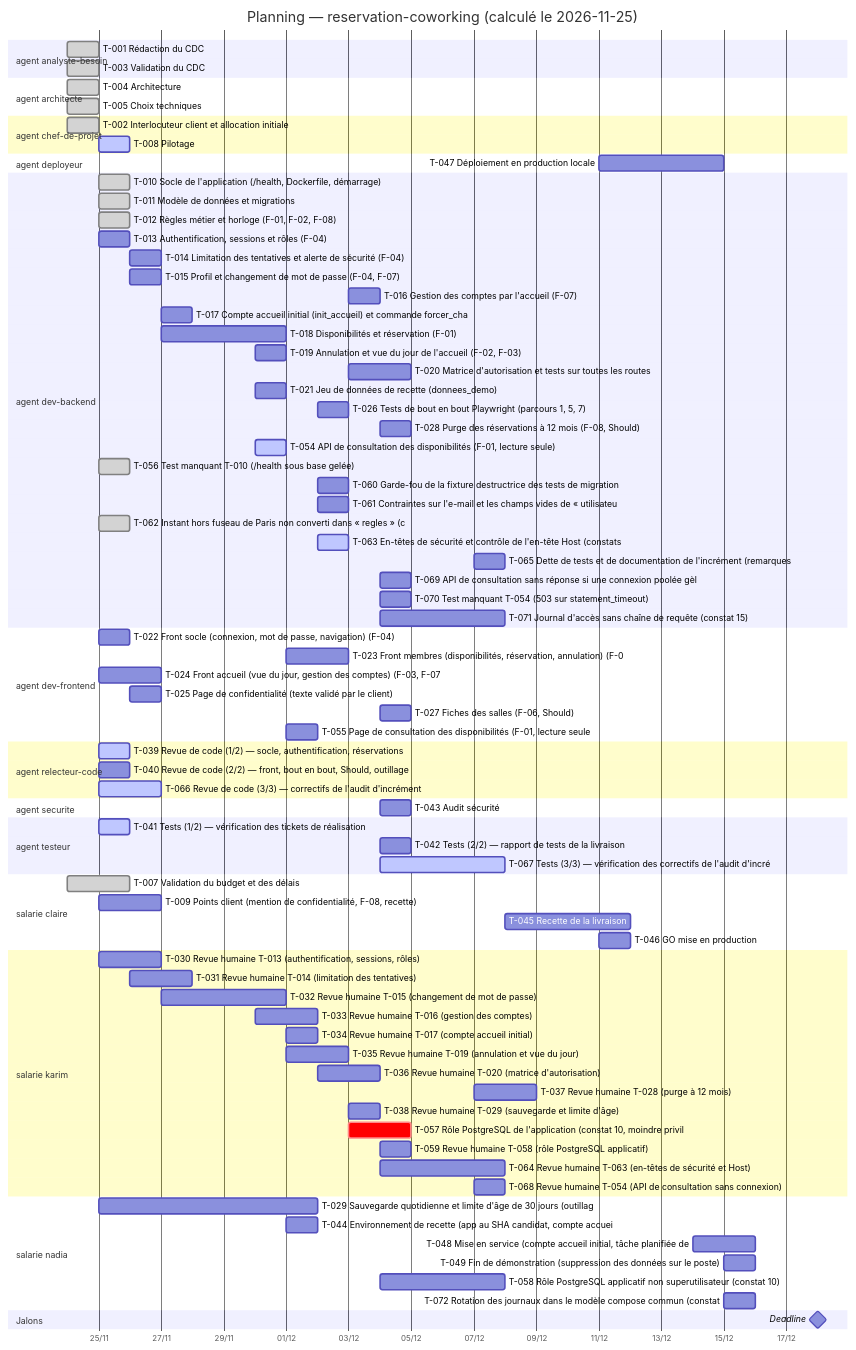
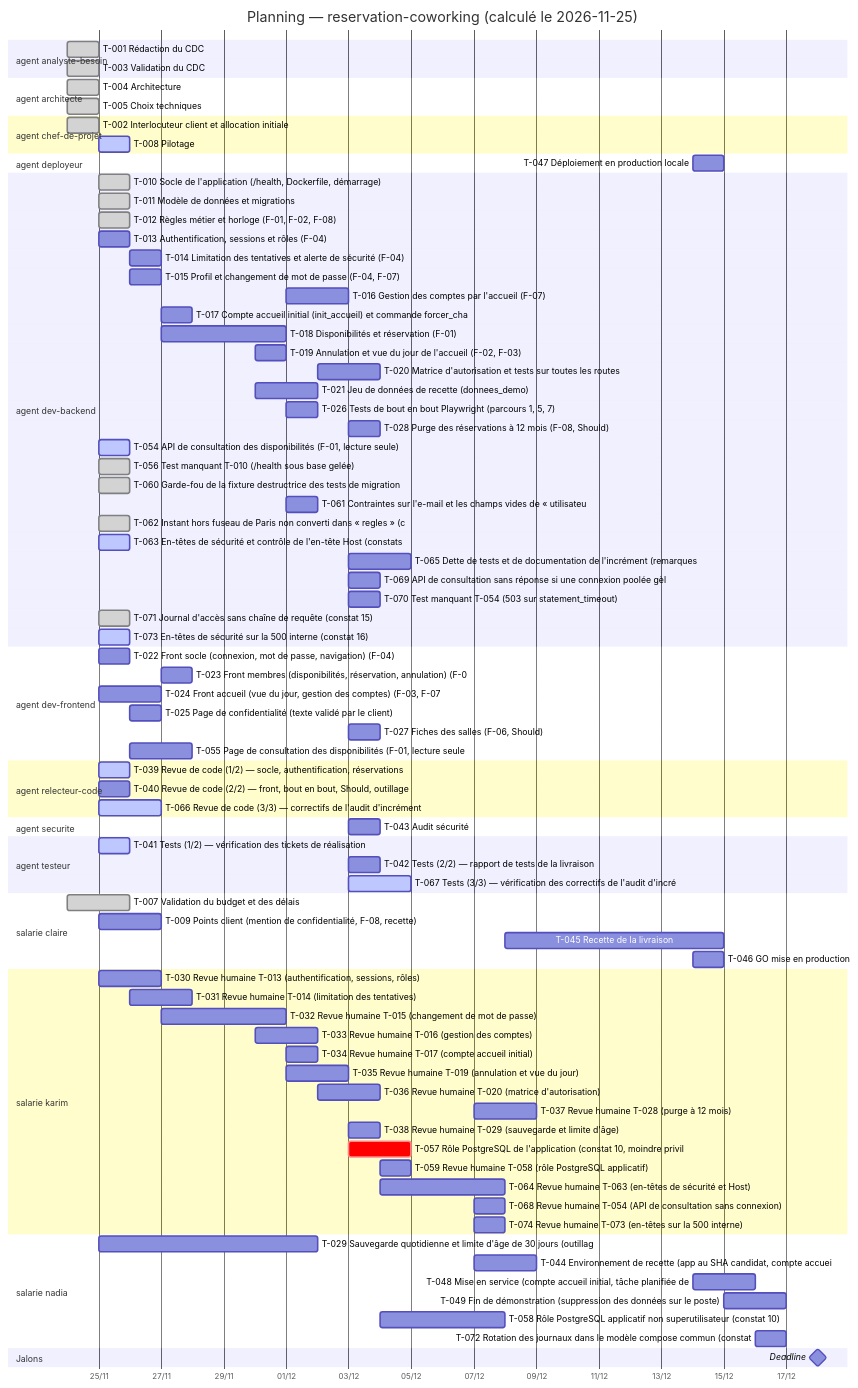
Before and after one commit to LopezMat/tpGestionProjet: the diagram in projets/reservation-coworking/TABLEAU.md, drawn with Mermaid. The commit also changed other lines of this file and 15 other files, not shown here.

````diff
--- a/projets/reservation-coworking/TABLEAU.md
+++ b/projets/reservation-coworking/TABLEAU.md
@@ -105,7 +106,7 @@
     T-002 Interlocuteur client et allocation initiale :done, t002, 2026-11-24, 2026-11-25
     T-008 Pilotage :active, t008, 2026-11-25, 2026-11-26
     section agent deployeur
-    T-047 Déploiement en production locale :t047, 2026-12-11, 2026-12-15
+    T-047 Déploiement en production locale :t047, 2026-12-14, 2026-12-15
     section agent dev-backend
     T-010 Socle de l'application (/health, Dockerfile, démarrage) :done, t010, 2026-11-25, 2026-11-26
     T-011 Modèle de données et migrations :done, t011, 2026-11-25, 2026-11-26
@@ -113,46 +114,47 @@
     T-013 Authentification, sessions et rôles (F-04) :t013, 2026-11-25, 2026-11-26
     T-014 Limitation des tentatives et alerte de sécurité (F-04) :t014, 2026-11-26, 2026-11-27
     T-015 Profil et changement de mot de passe (F-04, F-07) :t015, 2026-11-26, 2026-11-27
-    T-016 Gestion des comptes par l'accueil (F-07) :t016, 2026-12-03, 2026-12-04
+    T-016 Gestion des comptes par l'accueil (F-07) :t016, 2026-12-01, 2026-12-03
     T-017 Compte accueil initial (init_accueil) et commande forcer_cha :t017, 2026-11-27, 2026-11-28
     T-018 Disponibilités et réservation (F-01) :t018, 2026-11-27, 2026-12-01
     T-019 Annulation et vue du jour de l'accueil (F-02, F-03) :t019, 2026-11-30, 2026-12-01
-    T-020 Matrice d'autorisation et tests sur toutes les routes :t020, 2026-12-03, 2026-12-05
-    T-021 Jeu de données de recette (donnees_demo) :t021, 2026-11-30, 2026-12-01
-    T-026 Tests de bout en bout Playwright (parcours 1, 5, 7) :t026, 2026-12-02, 2026-12-03
-    T-028 Purge des réservations à 12 mois (F-08, Should) :t028, 2026-12-04, 2026-12-05
-    T-054 API de consultation des disponibilités (F-01, lecture seule) :active, t054, 2026-11-30, 2026-12-01
+    T-020 Matrice d'autorisation et tests sur toutes les routes :t020, 2026-12-02, 2026-12-04
+    T-021 Jeu de données de recette (donnees_demo) :t021, 2026-11-30, 2026-12-02
+    T-026 Tests de bout en bout Playwright (parcours 1, 5, 7) :t026, 2026-12-01, 2026-12-02
+    T-028 Purge des réservations à 12 mois (F-08, Should) :t028, 2026-12-03, 2026-12-04
+    T-054 API de consultation des disponibilités (F-01, lecture seule) :active, t054, 2026-11-25, 2026-11-26
     T-056 Test manquant T-010 (/health sous base gelée) :done, t056, 2026-11-25, 2026-11-26
-    T-060 Garde-fou de la fixture destructrice des tests de migration  :t060, 2026-12-02, 2026-12-03
-    T-061 Contraintes sur l'e-mail et les champs vides de « utilisateu :t061, 2026-12-02, 2026-12-03
+    T-060 Garde-fou de la fixture destructrice des tests de migration  :done, t060, 2026-11-25, 2026-11-26
+    T-061 Contraintes sur l'e-mail et les champs vides de « utilisateu :t061, 2026-12-01, 2026-12-02
     T-062 Instant hors fuseau de Paris non converti dans « regles » (c :done, t062, 2026-11-25, 2026-11-26
-    T-063 En-têtes de sécurité et contrôle de l'en-tête Host (constats :active, t063, 2026-12-02, 2026-12-03
-    T-065 Dette de tests et de documentation de l'incrément (remarques :t065, 2026-12-07, 2026-12-08
-    T-069 API de consultation sans réponse si une connexion poolée gèl :t069, 2026-12-04, 2026-12-05
-    T-070 Test manquant T-054 (503 sur statement_timeout) :t070, 2026-12-04, 2026-12-05
-    T-071 Journal d'accès sans chaîne de requête (constat 15) :t071, 2026-12-04, 2026-12-08
+    T-063 En-têtes de sécurité et contrôle de l'en-tête Host (constats :active, t063, 2026-11-25, 2026-11-26
+    T-065 Dette de tests et de documentation de l'incrément (remarques :t065, 2026-12-03, 2026-12-05
+    T-069 API de consultation sans réponse si une connexion poolée gèl :t069, 2026-12-03, 2026-12-04
+    T-070 Test manquant T-054 (503 sur statement_timeout) :t070, 2026-12-03, 2026-12-04
+    T-071 Journal d'accès sans chaîne de requête (constat 15) :done, t071, 2026-11-25, 2026-11-26
+    T-073 En-têtes de sécurité sur la 500 interne (constat 16) :active, t073, 2026-11-25, 2026-11-26
     section agent dev-frontend
     T-022 Front socle (connexion, mot de passe, navigation) (F-04) :t022, 2026-11-25, 2026-11-26
-    T-023 Front membres (disponibilités, réservation, annulation) (F-0 :t023, 2026-12-01, 2026-12-03
+    T-023 Front membres (disponibilités, réservation, annulation) (F-0 :t023, 2026-11-27, 2026-11-28
     T-024 Front accueil (vue du jour, gestion des comptes) (F-03, F-07 :t024, 2026-11-25, 2026-11-27
     T-025 Page de confidentialité (texte validé par le client) :t025, 2026-11-26, 2026-11-27
-    T-027 Fiches des salles (F-06, Should) :t027, 2026-12-04, 2026-12-05
-    T-055 Page de consultation des disponibilités (F-01, lecture seule :t055, 2026-12-01, 2026-12-02
+    T-027 Fiches des salles (F-06, Should) :t027, 2026-12-03, 2026-12-04
+    T-055 Page de consultation des disponibilités (F-01, lecture seule :t055, 2026-11-26, 2026-11-28
     section agent relecteur-code
     T-039 Revue de code (1/2) — socle, authentification, réservations :active, t039, 2026-11-25, 2026-11-26
     T-040 Revue de code (2/2) — front, bout en bout, Should, outillage :t040, 2026-11-25, 2026-11-26
     T-066 Revue de code (3/3) — correctifs de l'audit d'incrément :active, t066, 2026-11-25, 2026-11-27
     section agent securite
-    T-043 Audit sécurité :t043, 2026-12-04, 2026-12-05
+    T-043 Audit sécurité :t043, 2026-12-03, 2026-12-04
     section agent testeur
     T-041 Tests (1/2) — vérification des tickets de réalisation :active, t041, 2026-11-25, 2026-11-26
-    T-042 Tests (2/2) — rapport de tests de la livraison :t042, 2026-12-04, 2026-12-05
-    T-067 Tests (3/3) — vérification des correctifs de l'audit d'incré :active, t067, 2026-12-04, 2026-12-08
+    T-042 Tests (2/2) — rapport de tests de la livraison :t042, 2026-12-03, 2026-12-04
+    T-067 Tests (3/3) — vérification des correctifs de l'audit d'incré :active, t067, 2026-12-03, 2026-12-05
     section salarie claire
     T-007 Validation du budget et des délais :done, t007, 2026-11-24, 2026-11-26
     T-009 Points client (mention de confidentialité, F-08, recette) :t009, 2026-11-25, 2026-11-27
-    T-045 Recette de la livraison :t045, 2026-12-08, 2026-12-12
-    T-046 GO mise en production :t046, 2026-12-11, 2026-12-12
+    T-045 Recette de la livraison :t045, 2026-12-08, 2026-12-15
+    T-046 GO mise en production :t046, 2026-12-14, 2026-12-15
     section salarie karim
     T-030 Revue humaine T-013 (authentification, sessions, rôles) :t030, 2026-11-25, 2026-11-27
     T-031 Revue humaine T-014 (limitation des tentatives) :t031, 2026-11-26, 2026-11-28
@@ -167,13 +169,14 @@
     T-059 Revue humaine T-058 (rôle PostgreSQL applicatif) :t059, 2026-12-04, 2026-12-05
     T-064 Revue humaine T-063 (en-têtes de sécurité et Host) :t064, 2026-12-04, 2026-12-08
     T-068 Revue humaine T-054 (API de consultation sans connexion) :t068, 2026-12-07, 2026-12-08
+    T-074 Revue humaine T-073 (en-têtes sur la 500 interne) :t074, 2026-12-07, 2026-12-08
     section salarie nadia
     T-029 Sauvegarde quotidienne et limite d'âge de 30 jours (outillag :t029, 2026-11-25, 2026-12-02
-    T-044 Environnement de recette (app au SHA candidat, compte accuei :t044, 2026-12-01, 2026-12-02
+    T-044 Environnement de recette (app au SHA candidat, compte accuei :t044, 2026-12-07, 2026-12-09
     T-048 Mise en service (compte accueil initial, tâche planifiée de  :t048, 2026-12-14, 2026-12-16
-    T-049 Fin de démonstration (suppression des données sur le poste) :t049, 2026-12-15, 2026-12-16
+    T-049 Fin de démonstration (suppression des données sur le poste) :t049, 2026-12-15, 2026-12-17
     T-058 Rôle PostgreSQL applicatif non superutilisateur (constat 10) :t058, 2026-12-04, 2026-12-08
-    T-072 Rotation des journaux dans le modèle compose commun (constat :t072, 2026-12-15, 2026-12-16
+    T-072 Rotation des journaux dans le modèle compose commun (constat :t072, 2026-12-16, 2026-12-17
     section Jalons
     Deadline :milestone, deadline, 2026-12-18, 0d
 ```
````
